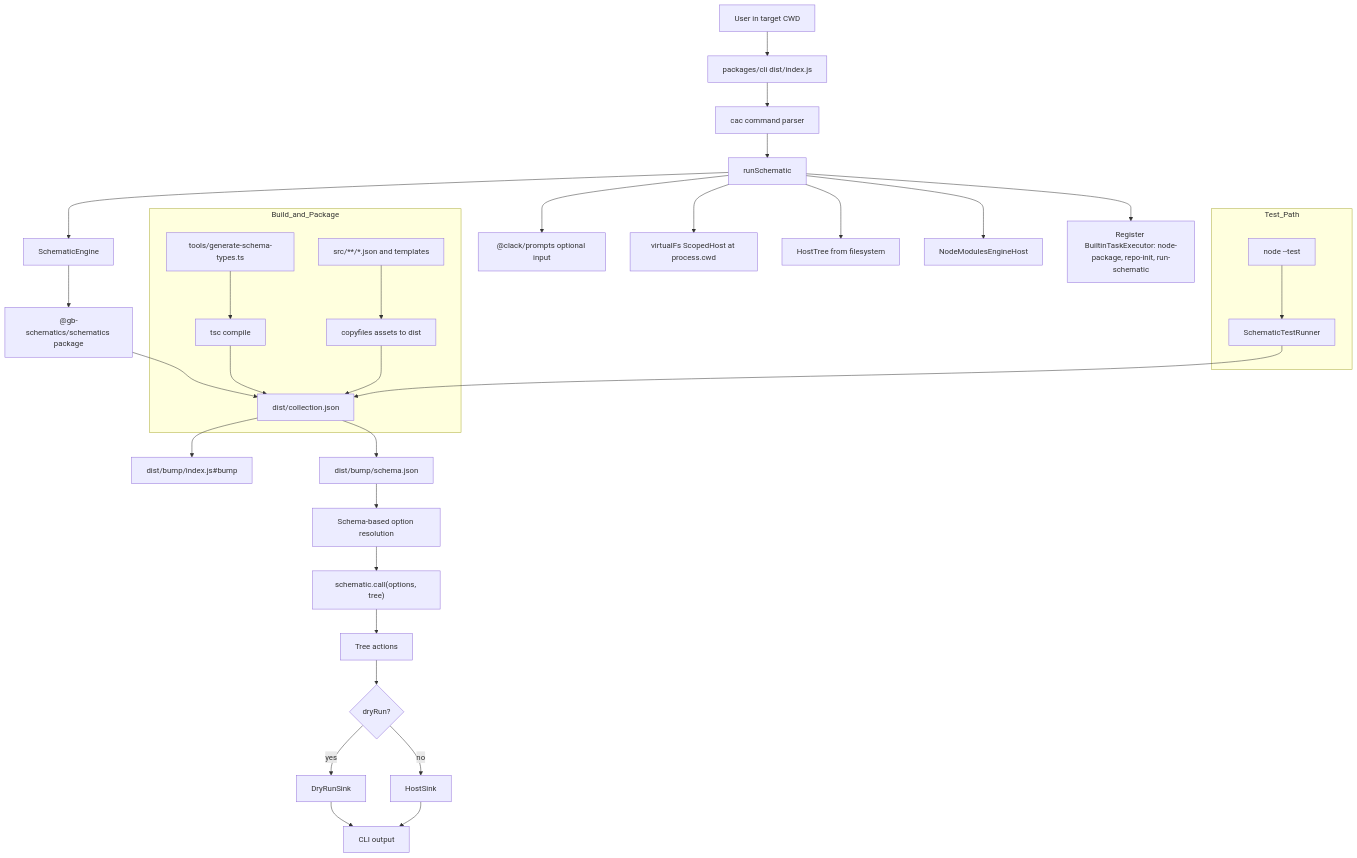
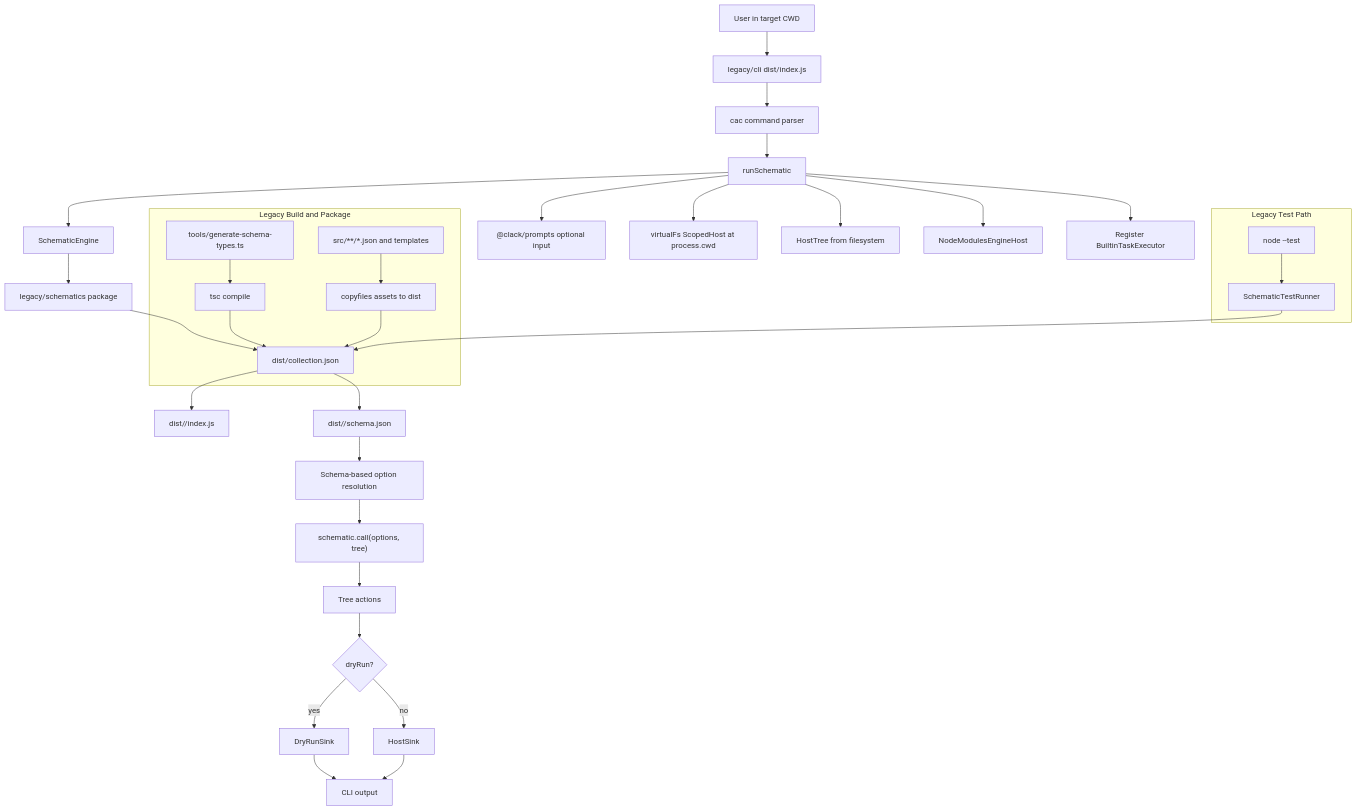
The second of 2 diagrams in docs/devkit-runner-architecture.md (GaryB432/gb-schematics), drawn with Mermaid before and after one commit. The commit also changed other lines of this file, not shown here.

Commit message:
docs: update devkit runner architecture documentation for Version 7 transition

````diff
--- a/docs/devkit-runner-architecture.md
+++ b/docs/devkit-runner-architecture.md
@@ -18,47 +64,47 @@
 ```mermaid
 flowchart TD
-	U["User in target CWD"] --> CLI["packages/cli dist/index.js"]
+	U["User in target CWD"] --> CLI["legacy/cli dist/index.js"]
 	CLI --> CAC["cac command parser"]
 	CAC --> RUN["runSchematic"]
 
 	RUN --> CLACK["@clack/prompts optional input"]
 	RUN --> HOST["virtualFs ScopedHost at process.cwd"]
 	RUN --> TREE["HostTree from filesystem"]
 	RUN --> ENGHOST["NodeModulesEngineHost"]
 	RUN --> ENG["SchematicEngine"]
-	RUN --> TASKS["Register BuiltinTaskExecutor: node-package, repo-init, run-schematic"]
+	RUN --> TASKS["Register BuiltinTaskExecutor"]
 
-	ENG --> COLL["@gb-schematics/schematics package"]
+	ENG --> COLL["legacy/schematics package"]
 	COLL --> DISTCOLL["dist/collection.json"]
-	DISTCOLL --> FACTORY["dist/bump/index.js#bump"]
-	DISTCOLL --> SCHEMA["dist/bump/schema.json"]
+	DISTCOLL --> FACTORY["dist/<schematic>/index.js"]
+	DISTCOLL --> SCHEMA["dist/<schematic>/schema.json"]
 
 	SCHEMA --> OPTS["Schema-based option resolution"]
 	OPTS --> CALL["schematic.call(options, tree)"]
 	CALL --> RESULT["Tree actions"]
 
 	RESULT --> SINK{"dryRun?"}
 	SINK -->|yes| DRY["DryRunSink"]
 	SINK -->|no| HOSTSINK["HostSink"]
 	DRY --> OUT["CLI output"]
 	HOSTSINK --> OUT
 
-	subgraph Build_and_Package
+	subgraph Legacy_Build["Legacy Build and Package"]
 		SRCJSON["src/**/*.json and templates"]
 		GENTS["tools/generate-schema-types.ts"]
 		TSC["tsc compile"]
 		COPY["copyfiles assets to dist"]
 
 		GENTS --> TSC
 		SRCJSON --> COPY
 		TSC --> DISTCOLL
 		COPY --> DISTCOLL
 	end
 
-	subgraph Test_Path
-		NODETEST["node --test"]
+	subgraph Legacy_Test["Legacy Test Path"]
+		LTEST["node --test"]
 		STRUN["SchematicTestRunner"]
-		NODETEST --> STRUN
+		LTEST --> STRUN
 		STRUN --> DISTCOLL
 	end
 ```
````
